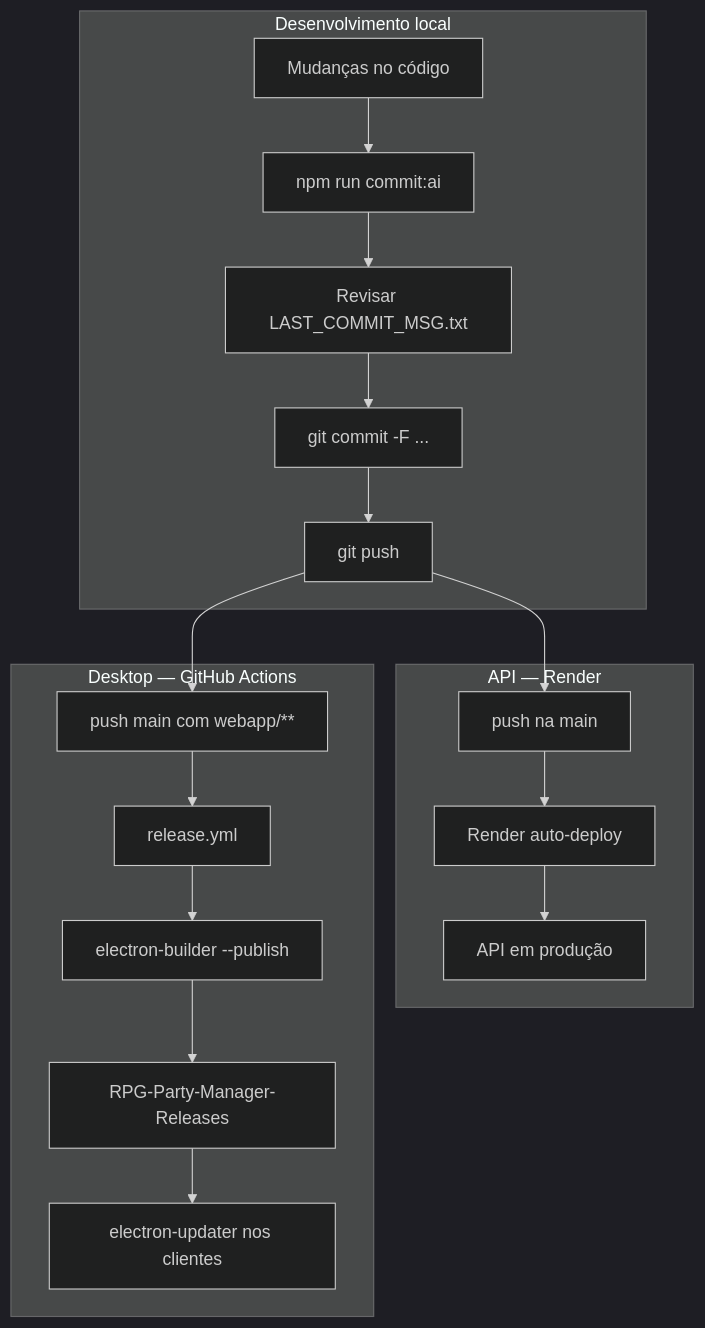
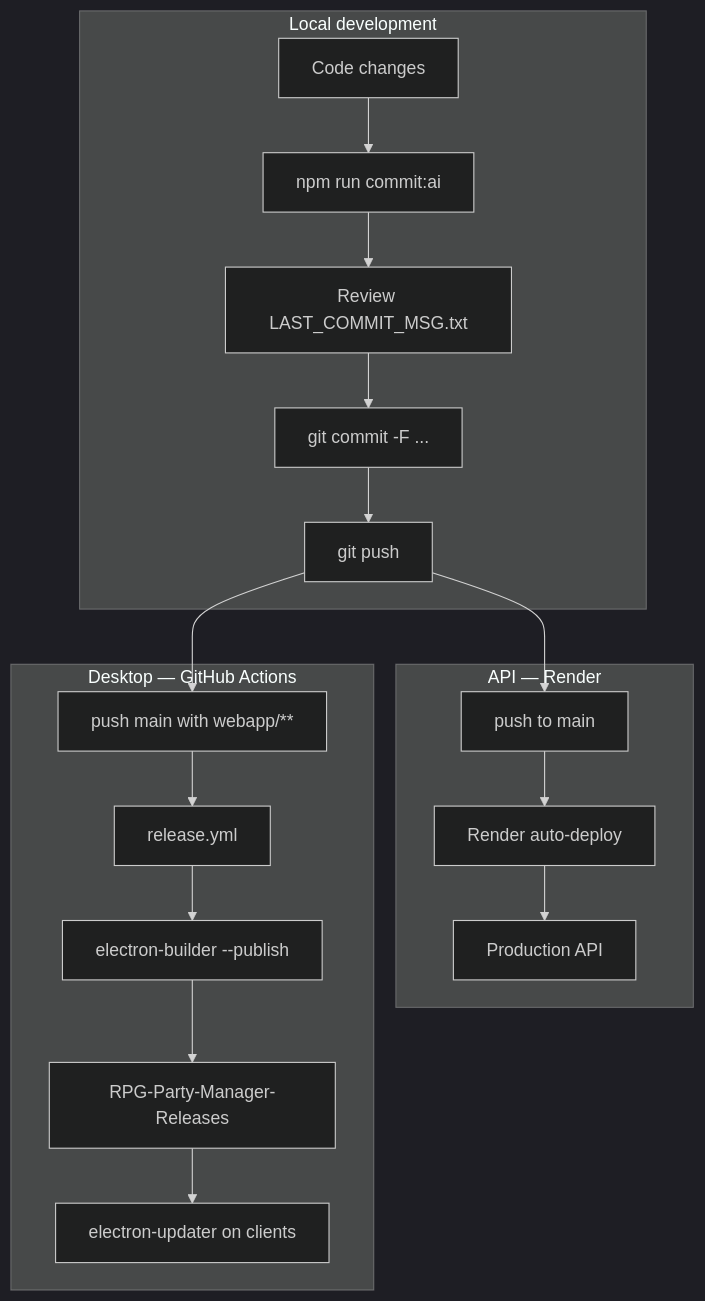
Before and after one commit to TheIllusionary/RPG-Party-Manager: the second of 2 diagrams in docs/PROJECT_OVERVIEW.md, drawn with Mermaid (dark theme). The commit also changed other lines of this file and 25 other files, not shown here.

````diff
--- a/docs/PROJECT_OVERVIEW.md
+++ b/docs/PROJECT_OVERVIEW.md
@@ -305,25 +305,25 @@
 ```mermaid
 flowchart TB
-    subgraph Dev["Desenvolvimento local"]
-        Code[Mudanças no código]
+    subgraph Dev["Local development"]
+        Code[Code changes]
         CommitAI["npm run commit:ai"]
-        Review[Revisar LAST_COMMIT_MSG.txt]
+        Review[Review LAST_COMMIT_MSG.txt]
         GitCommit["git commit -F ..."]
         GitPush[git push]
     end
     subgraph API["API — Render"]
-        PushMain[push na main]
+        PushMain[push to main]
         RenderDeploy[Render auto-deploy]
-        APIProd[API em produção]
+        APIProd[Production API]
     end
     subgraph Desktop["Desktop — GitHub Actions"]
-        PushWebapp[push main com webapp/**]
+        PushWebapp[push main with webapp/**]
         GHA[release.yml]
         ElectronBuild[electron-builder --publish]
         PublicRepo[RPG-Party-Manager-Releases]
-        AutoUpdate[electron-updater nos clientes]
+        AutoUpdate[electron-updater on clients]
     end
     Code --> CommitAI --> Review --> GitCommit --> GitPush
     GitPush --> PushMain --> RenderDeploy --> APIProd
     GitPush --> PushWebapp --> GHA --> ElectronBuild --> PublicRepo --> AutoUpdate
 ```
````
